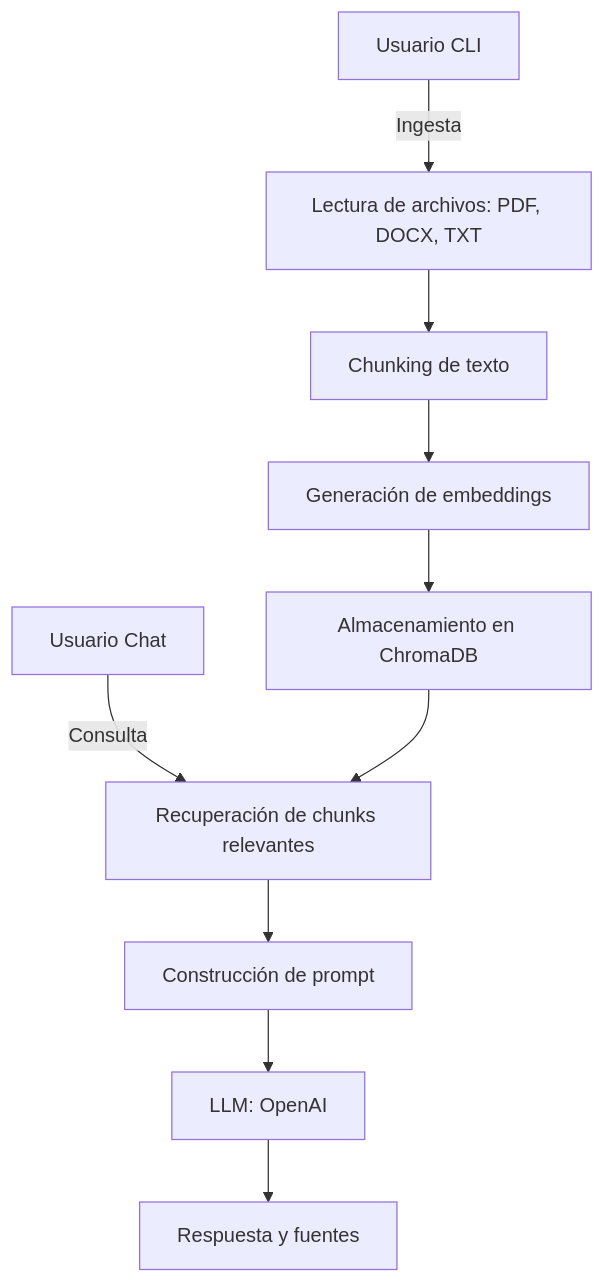
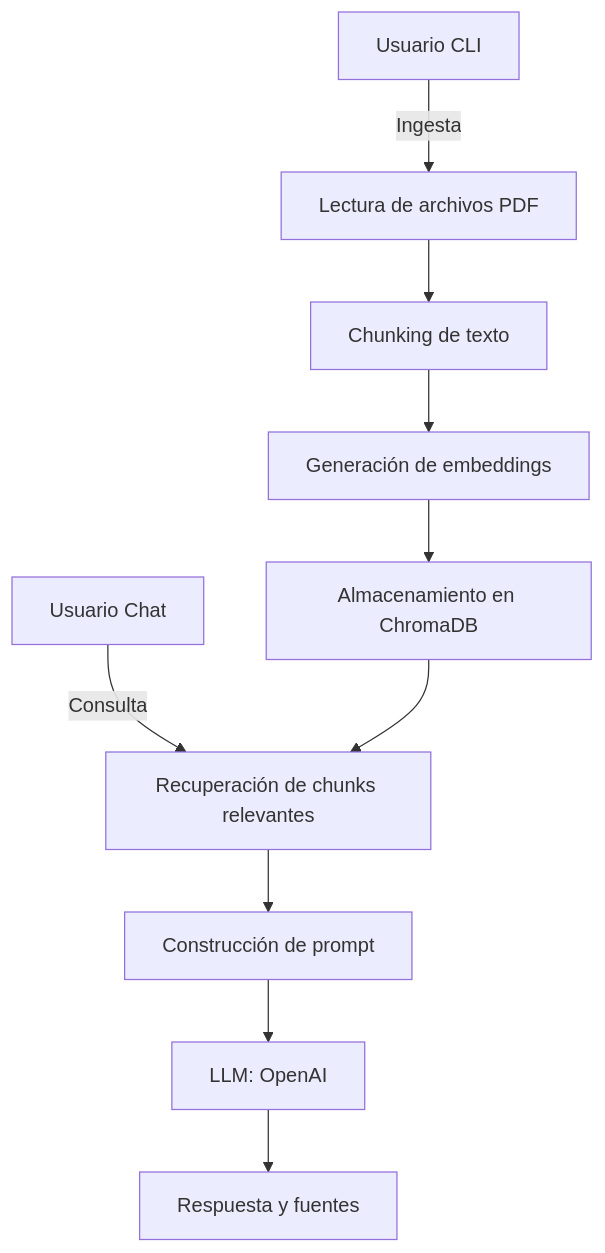
One commit to TheRamdomX/RAGent changed the diagram in README.md. Above: the diagram before and after it, drawn with Mermaid. The commit also changed other lines of this file and 3 other files, not shown here.

Commit message:
feat: soporte exclusivo PDF + priorización por archivos mencionados

````diff
--- a/README.md
+++ b/README.md
@@ -52,15 +51,15 @@
 ```mermaid
 flowchart TD
-    A[Usuario CLI] -->|Ingesta| B[Lectura de archivos: PDF, DOCX, TXT]
+    A[Usuario CLI] -->|Ingesta| B[Lectura de archivos PDF]
     B --> C[Chunking de texto]
     C --> D[Generación de embeddings]
     D --> E[Almacenamiento en ChromaDB]
 
     A2[Usuario Chat] -->|Consulta| F[Recuperación de chunks relevantes]
     F --> G[Construcción de prompt]
     G --> H[LLM: OpenAI]
     H --> I[Respuesta y fuentes]
 
     E --> F
 
 ```
````
